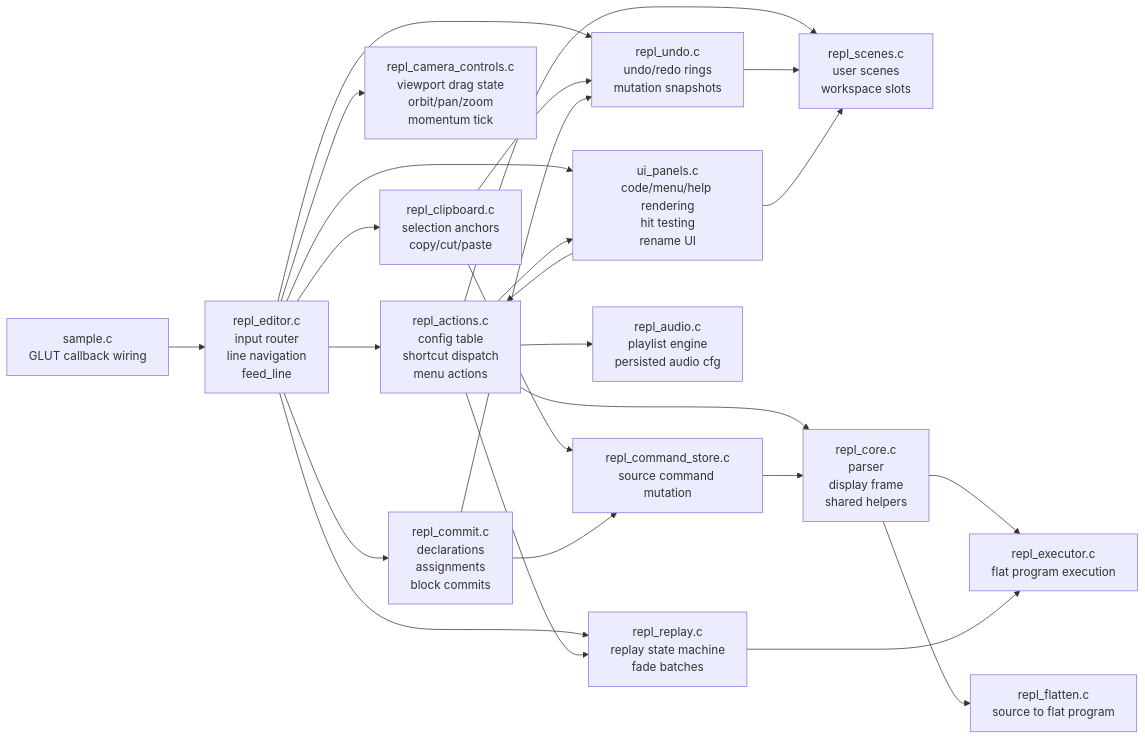
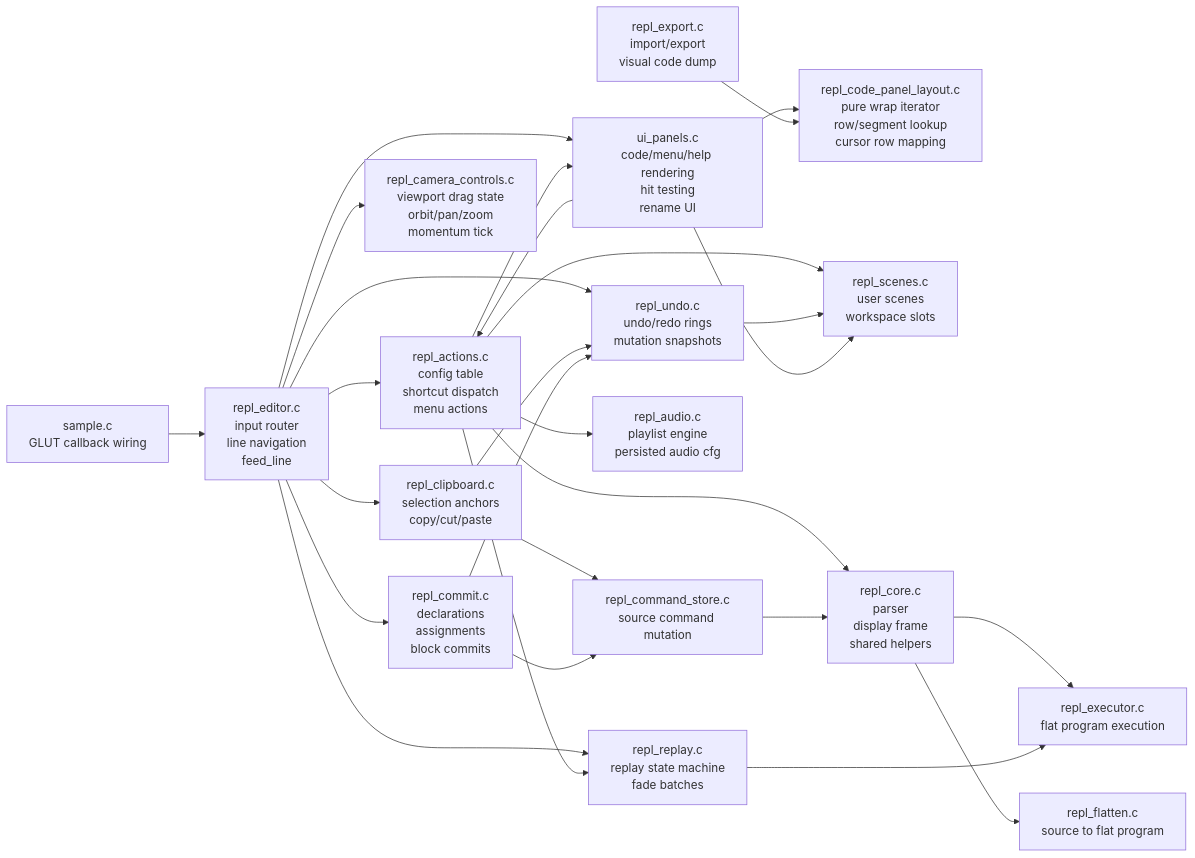
One commit to drewwoods/gl-repl changed the diagram in REPL_REFACTOR_MAP.md. Above: the diagram before and after it, drawn with Mermaid. The commit also changed other lines of this file and 10 other files, not shown here.

Commit message:
refactor: extract code panel layout wrapping

````diff
--- a/REPL_REFACTOR_MAP.md
+++ b/REPL_REFACTOR_MAP.md
@@ -7,48 +7,52 @@
 ```mermaid
 flowchart LR
     sample["sample.c<br/>GLUT callback wiring"]
     editor["repl_editor.c<br/>input router<br/>line navigation<br/>feed_line"]
 
     actions["repl_actions.c<br/>config table<br/>shortcut dispatch<br/>menu actions"]
     camera["repl_camera_controls.c<br/>viewport drag state<br/>orbit/pan/zoom<br/>momentum tick"]
     undo["repl_undo.c<br/>undo/redo rings<br/>mutation snapshots"]
     clipboard["repl_clipboard.c<br/>selection anchors<br/>copy/cut/paste"]
     commit["repl_commit.c<br/>declarations<br/>assignments<br/>block commits"]
     store["repl_command_store.c<br/>source command mutation"]
 
     ui["ui_panels.c<br/>code/menu/help rendering<br/>hit testing<br/>rename UI"]
+    layout["repl_code_panel_layout.c<br/>pure wrap iterator<br/>row/segment lookup<br/>cursor row mapping"]
+    export["repl_export.c<br/>import/export<br/>visual code dump"]
     audio["repl_audio.c<br/>playlist engine<br/>persisted audio cfg"]
     replay["repl_replay.c<br/>replay state machine<br/>fade batches"]
     scenes["repl_scenes.c<br/>user scenes<br/>workspace slots"]
     core["repl_core.c<br/>parser<br/>display frame<br/>shared helpers"]
     flatten["repl_flatten.c<br/>source to flat program"]
     exec["repl_executor.c<br/>flat program execution"]
 
     sample --> editor
     editor --> actions
     editor --> camera
     editor --> undo
     editor --> clipboard
     editor --> commit
     editor --> ui
     editor --> replay
 
     actions --> ui
     actions --> audio
     actions --> replay
     actions --> scenes
     actions --> core
 
     clipboard --> undo
     clipboard --> store
     commit --> undo
     commit --> store
     undo --> scenes
     store --> core
 
     core --> flatten
     core --> exec
     replay --> exec
     ui --> actions
     ui --> scenes
+    ui --> layout
+    export --> layout
 ```
````
